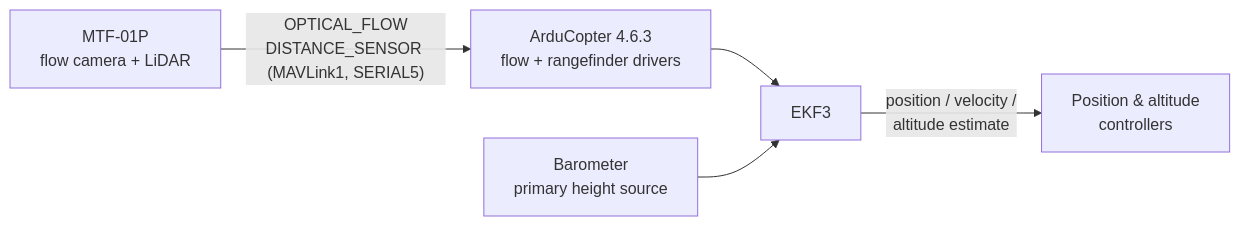
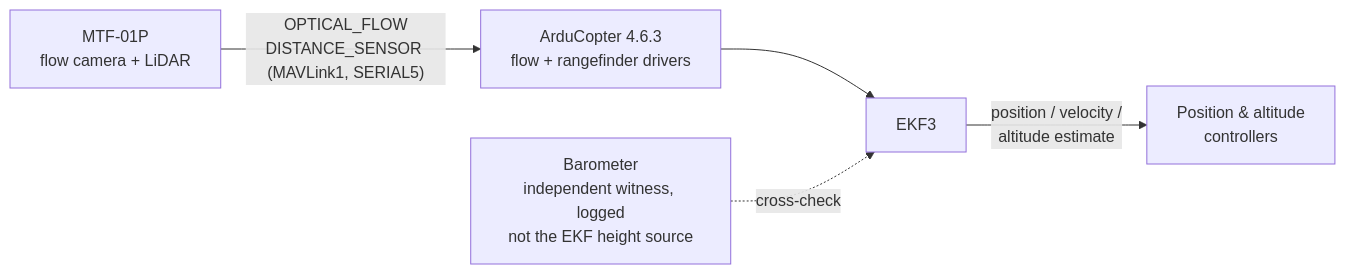
The diagram in docs/sensors/index.md (ki-drohnen-ss26/project-docs), drawn with Mermaid before and after one commit. The commit also changed other lines of this file and 12 other files, not shown here.

````diff
--- a/docs/sensors/index.md
+++ b/docs/sensors/index.md
@@ -44,7 +44,7 @@
 ```mermaid
 flowchart LR
     A[MTF-01P<br/>flow camera + LiDAR] -- "OPTICAL_FLOW<br/>DISTANCE_SENSOR (MAVLink1, SERIAL5)" --> B[ArduCopter 4.6.3<br/>flow + rangefinder drivers]
     B --> C[EKF3]
     C -- "position / velocity /<br/>altitude estimate" --> D[Position & altitude<br/>controllers]
-    E[Barometer<br/>primary height source] --> C
+    E[Barometer<br/>independent witness, logged<br/>not the EKF height source] -. cross-check .-> C
 ```
````
